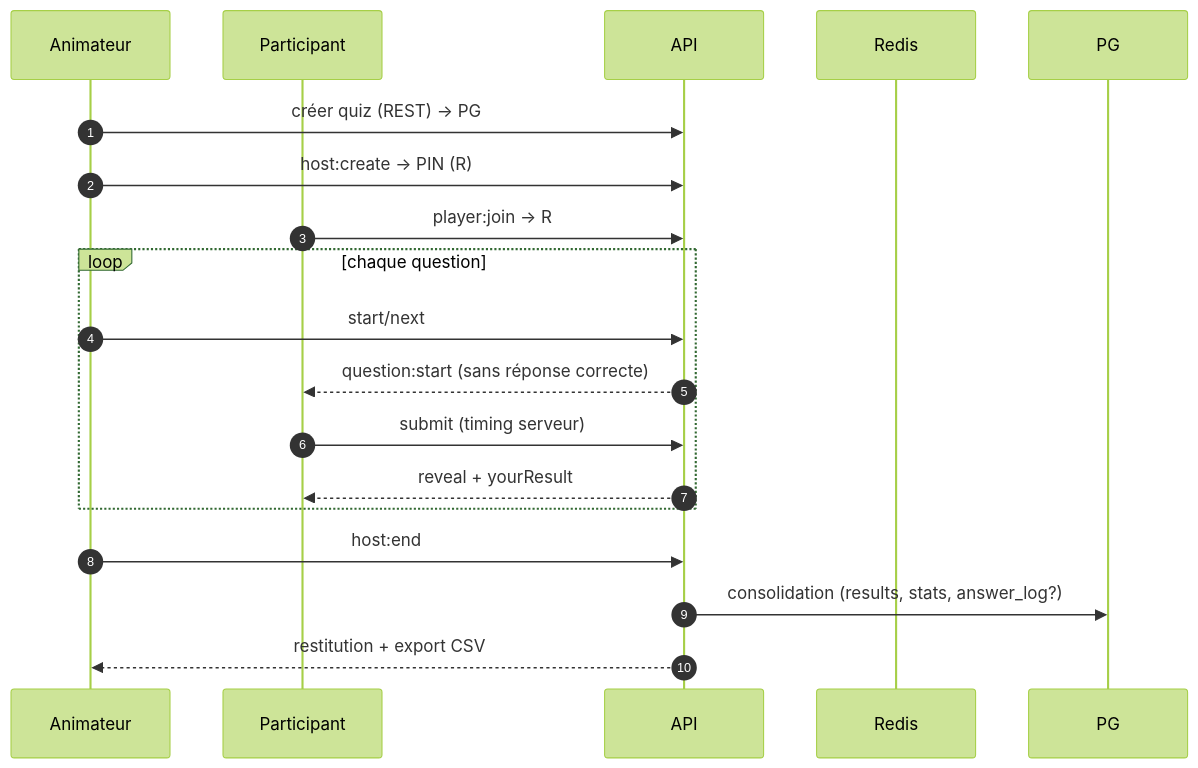
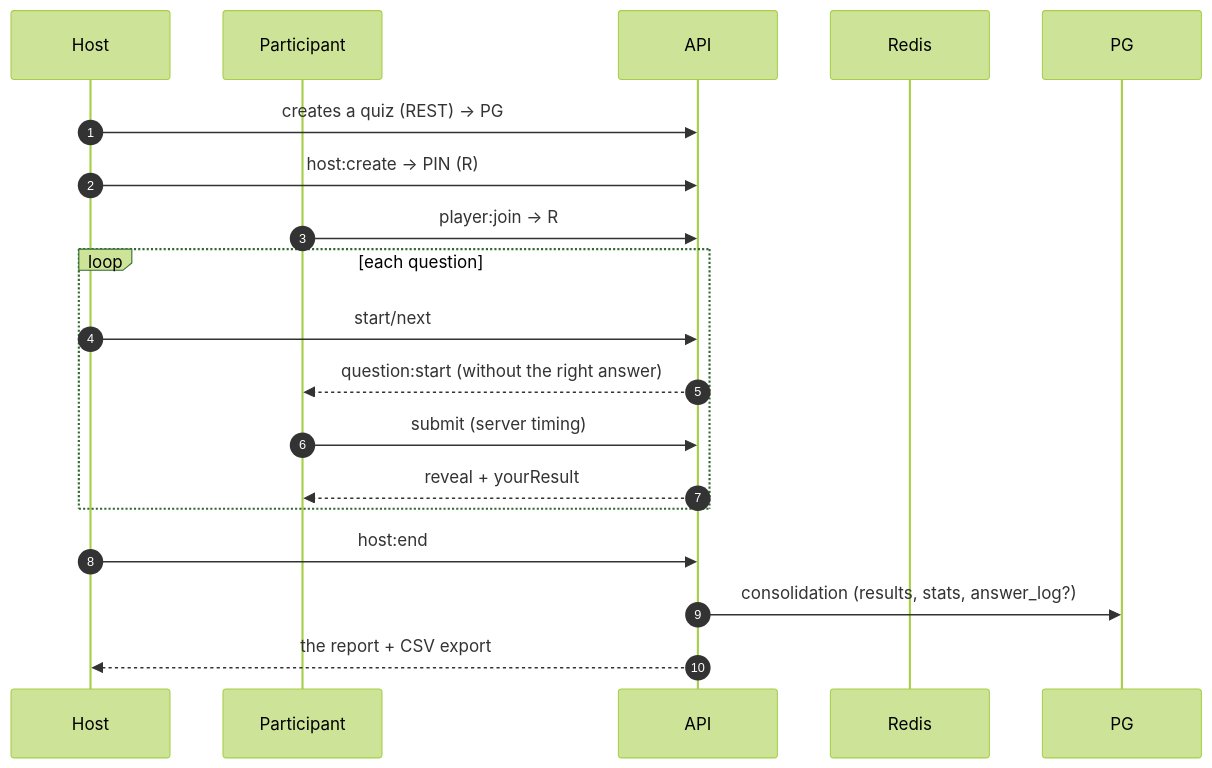
Before and after one commit to quizdock/quiz-dock: the seventh of 7 diagrams in specifications/SPECIFICATIONS-SEQUENCES.md, drawn with Mermaid (forest theme). The commit also changed other lines of this file and 12 other files, not shown here.

````diff
--- a/specifications/SPECIFICATIONS-SEQUENCES.md
+++ b/specifications/SPECIFICATIONS-SEQUENCES.md
@@ -199,22 +199,22 @@
 ```mermaid
 sequenceDiagram
     autonumber
-    participant F as Animateur
+    participant F as Host
     participant A as Participant
     participant API as API
     participant R as Redis
     participant PG as PG
 
-    F->>API: créer quiz (REST) → PG
+    F->>API: creates a quiz (REST) → PG
     F->>API: host:create → PIN (R)
     A->>API: player:join → R
-    loop chaque question
+    loop each question
         F->>API: start/next
-        API-->>A: question:start (sans réponse correcte)
-        A->>API: submit (timing serveur)
+        API-->>A: question:start (without the right answer)
+        A->>API: submit (server timing)
         API-->>A: reveal + yourResult
     end
     F->>API: host:end
     API->>PG: consolidation (results, stats, answer_log?)
-    API-->>F: restitution + export CSV
+    API-->>F: the report + CSV export
 ```
````
